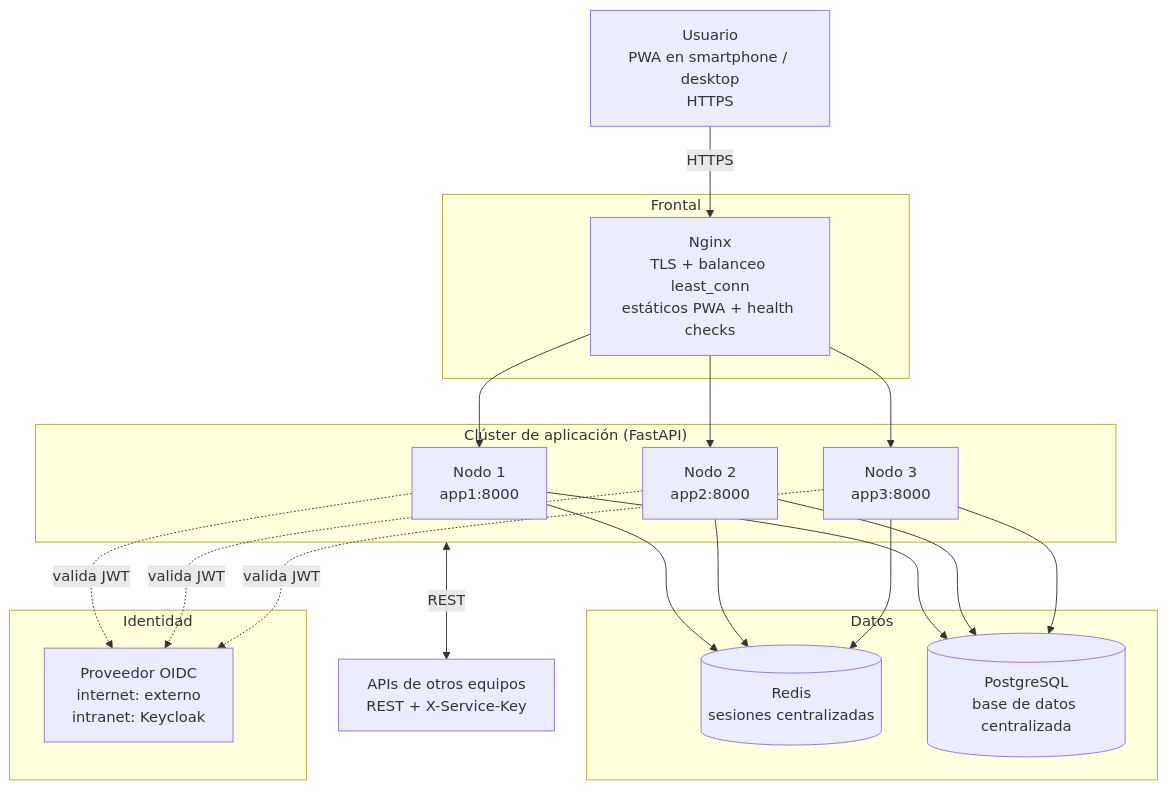
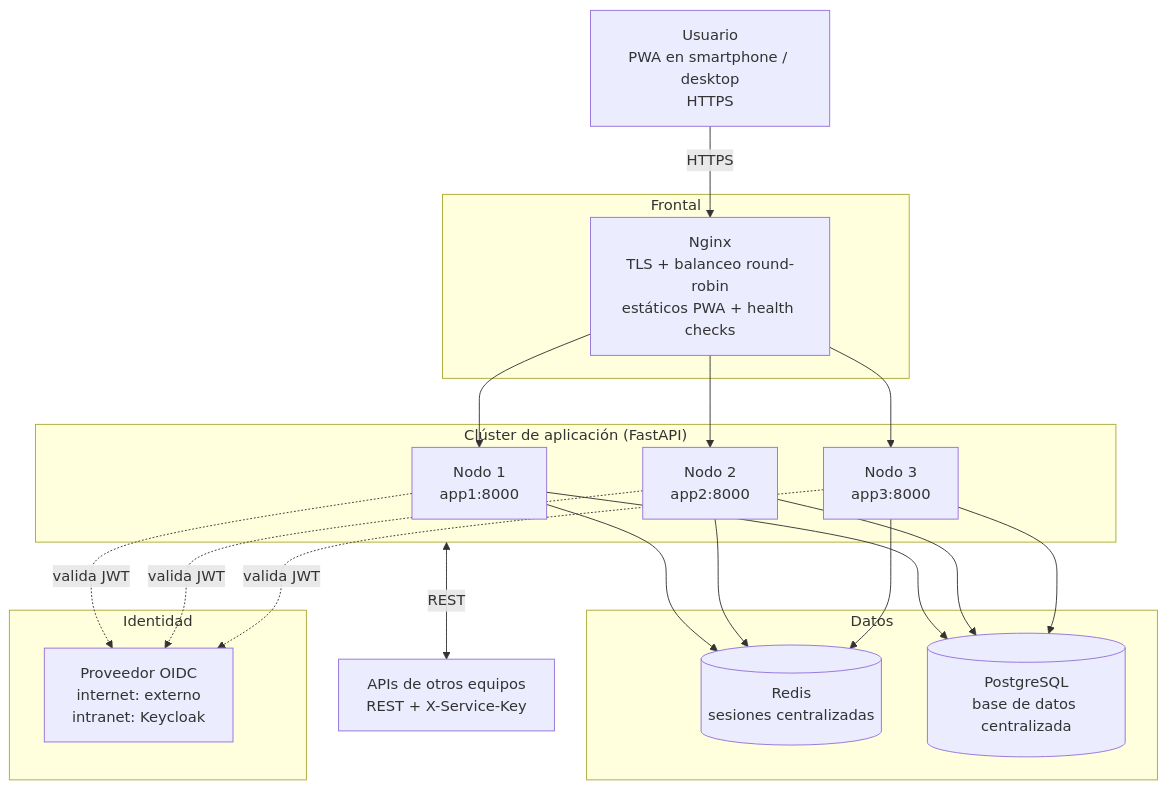
The first of 2 diagrams in docs/fase0/arquitectura.md (SebasHdez2006/proyecto-tpi-2026), drawn with Mermaid before and after one commit. The commit also changed other lines of this file and 8 other files, not shown here.

First line of the commit message:
Documentacion: explicacion de diagramas y normas/simbologia global

````diff
--- a/docs/fase0/arquitectura.md
+++ b/docs/fase0/arquitectura.md
@@ -3,40 +8,40 @@
 ```mermaid
 flowchart TB
     U[Usuario<br/>PWA en smartphone / desktop<br/>HTTPS]
 
     subgraph Frontal
-        NG[Nginx<br/>TLS + balanceo least_conn<br/>estáticos PWA + health checks]
+        NG[Nginx<br/>TLS + balanceo round-robin<br/>estáticos PWA + health checks]
     end
 
     subgraph Cluster["Clúster de aplicación (FastAPI)"]
         A1[Nodo 1<br/>app1:8000]
         A2[Nodo 2<br/>app2:8000]
         A3[Nodo 3<br/>app3:8000]
     end
 
     subgraph Datos
         R[(Redis<br/>sesiones centralizadas)]
         DB[(PostgreSQL<br/>base de datos centralizada)]
     end
 
     subgraph Identidad
         IDP[Proveedor OIDC<br/>internet: externo<br/>intranet: Keycloak]
     end
 
     EXT[APIs de otros equipos<br/>REST + X-Service-Key]
 
     U -->|HTTPS| NG
     NG --> A1
     NG --> A2
     NG --> A3
     A1 --> R
     A2 --> R
     A3 --> R
     A1 --> DB
     A2 --> DB
     A3 --> DB
     A1 -.->|valida JWT| IDP
     A2 -.->|valida JWT| IDP
     A3 -.->|valida JWT| IDP
     Cluster <-->|REST| EXT
 ```
````
